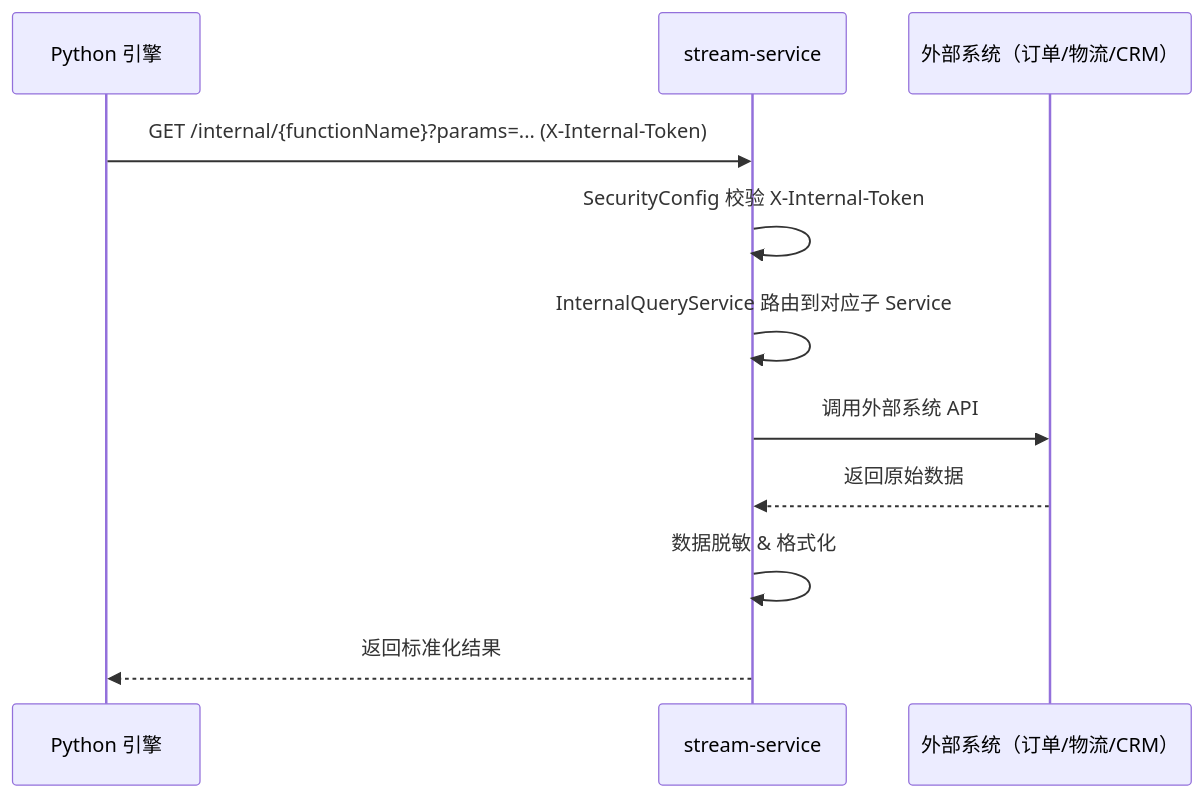
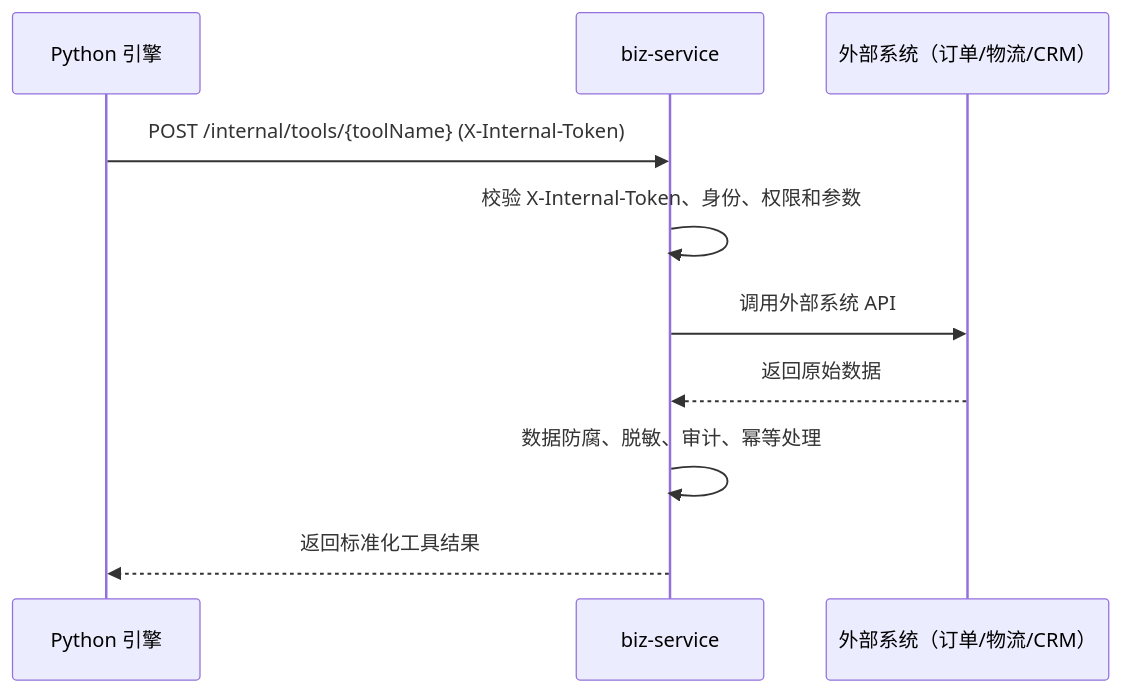
One commit to Pymjl/ai-customer-service-platform changed the second of 3 diagrams in docs/sdd/初始化Java服务.md. Above: the diagram before and after it, drawn with Mermaid. The commit also changed other lines of this file and 25 other files, not shown here.

````diff
--- a/docs/sdd/初始化Java服务.md
+++ b/docs/sdd/初始化Java服务.md
@@ -116,14 +115,13 @@
 ```mermaid
 sequenceDiagram
     participant P as Python 引擎
-    participant S as stream-service
+    participant B as biz-service
     participant E as 外部系统（订单/物流/CRM）
 
-    P->>S: GET /internal/{functionName}?params=... (X-Internal-Token)
-    S->>S: SecurityConfig 校验 X-Internal-Token
-    S->>S: InternalQueryService 路由到对应子 Service
-    S->>E: 调用外部系统 API
-    E-->>S: 返回原始数据
-    S->>S: 数据脱敏 & 格式化
-    S-->>P: 返回标准化结果
+    P->>B: POST /internal/tools/{toolName} (X-Internal-Token)
+    B->>B: 校验 X-Internal-Token、身份、权限和参数
+    B->>E: 调用外部系统 API
+    E-->>B: 返回原始数据
+    B->>B: 数据防腐、脱敏、审计、幂等处理
+    B-->>P: 返回标准化工具结果
 ```
````
